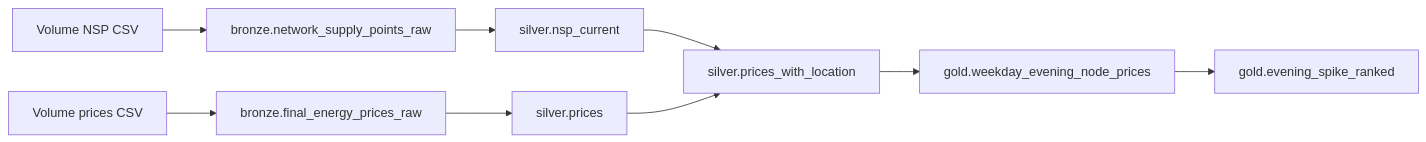
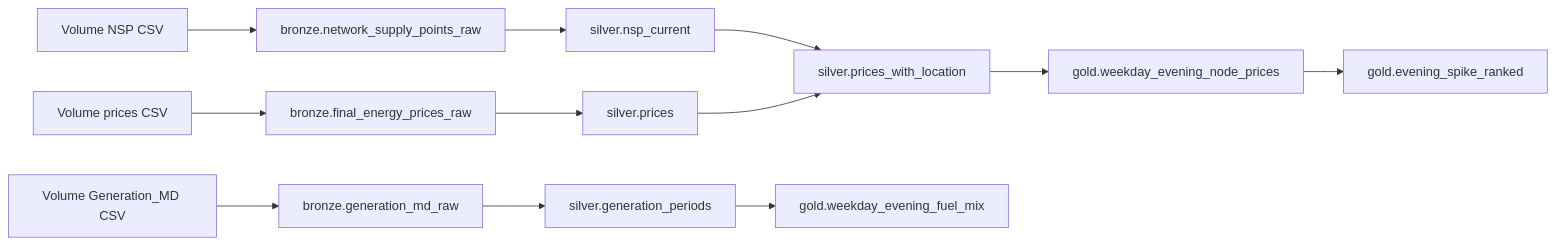
The second of 2 diagrams in README.md (dimnoll/nz-energy-lakehouse), drawn with Mermaid before and after one commit. The commit also changed other lines of this file and 2 other files, not shown here.

First line of the commit message:
docs: describe the Generation_MD slice and Volume folder

````diff
--- a/README.md
+++ b/README.md
@@ -137,11 +148,14 @@
 ```mermaid
 flowchart LR
   nspCsv["Volume NSP CSV"] --> nspRaw["bronze.network_supply_points_raw"]
   priceCsv["Volume prices CSV"] --> priceRaw["bronze.final_energy_prices_raw"]
+  genCsv["Volume Generation_MD CSV"] --> genRaw["bronze.generation_md_raw"]
   nspRaw --> nspCur["silver.nsp_current"]
   priceRaw --> prices["silver.prices"]
   nspCur --> loc["silver.prices_with_location"]
   prices --> loc
   loc --> daily["gold.weekday_evening_node_prices"]
   daily --> ranked["gold.evening_spike_ranked"]
+  genRaw --> genPer["silver.generation_periods"]
+  genPer --> fuelMix["gold.weekday_evening_fuel_mix"]
 ```
````
